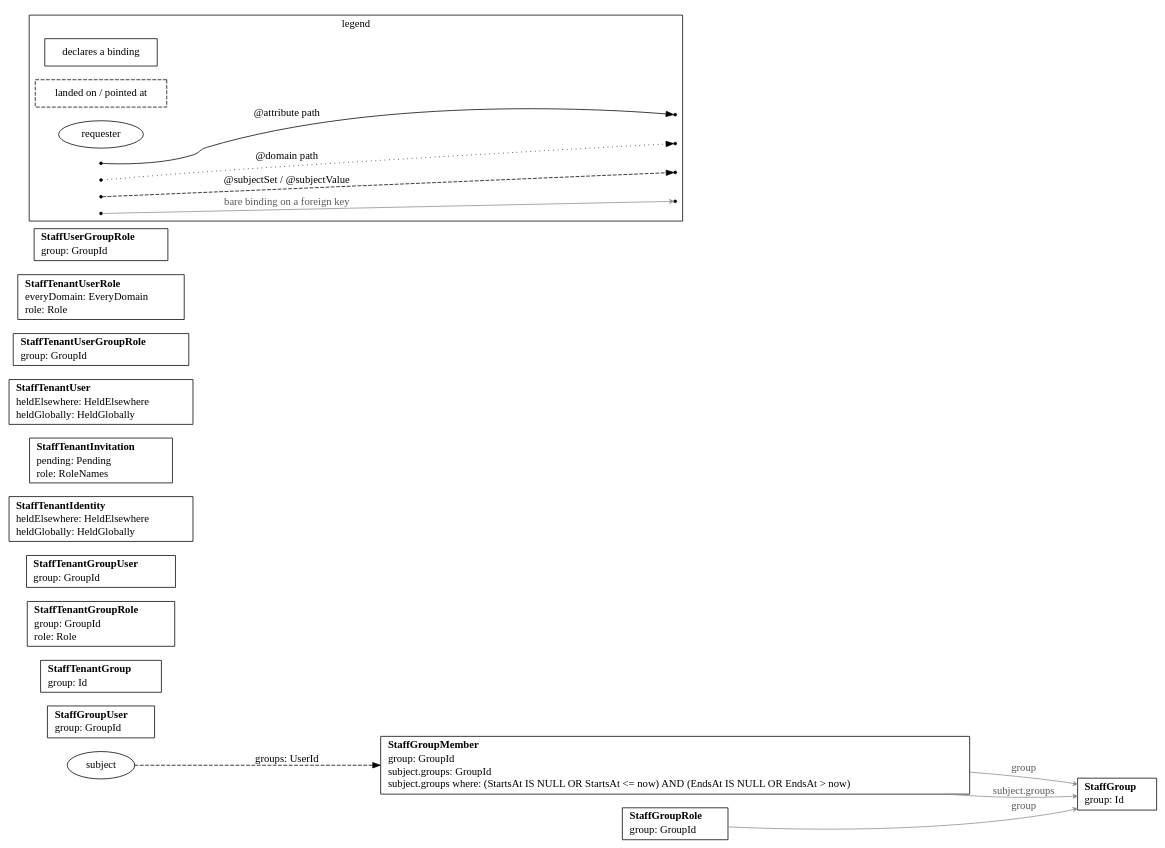
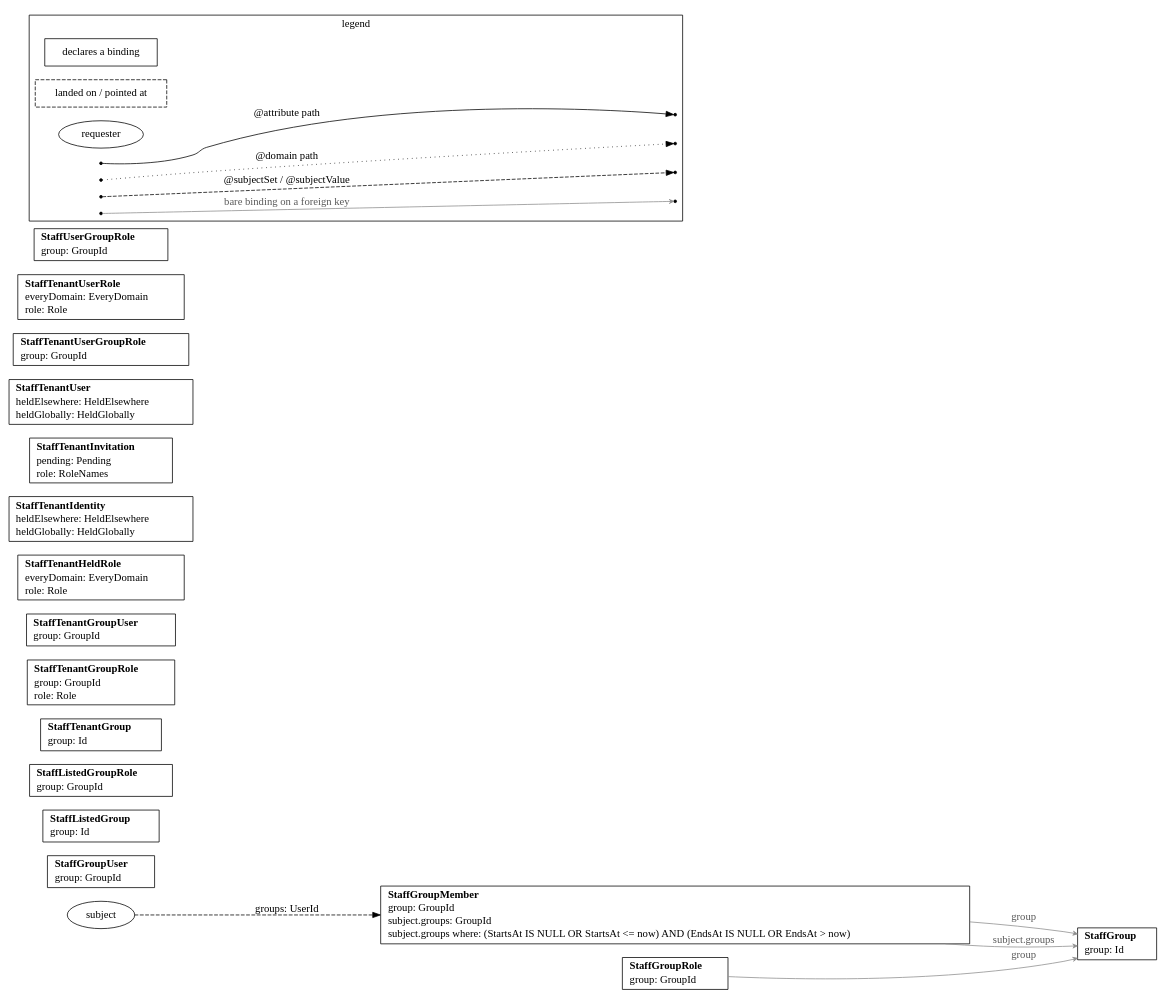
The diagram in cmd/impulse/internal/skeleton/_candidates/tenanted/pkg/resources/zz_gen_bindings.dot (impulseframework/impulse), drawn with Graphviz before and after one commit. The commit also changed 350 other files, not shown here.

```diff
--- a/cmd/impulse/internal/skeleton/_candidates/tenanted/pkg/resources/zz_gen_bindings.dot
+++ b/cmd/impulse/internal/skeleton/_candidates/tenanted/pkg/resources/zz_gen_bindings.dot
@@ -1,54 +1,57 @@
 // Code generated by resourcegeneration. DO NOT EDIT.
 // Bindings: every attribute and subject binding this package declares. A box per
 // declaring resource lists its bare bindings as `name: column`; dashed boxes are
 // the tables a path lands on or a foreign key points at; the subject ellipse is
 // the requester, entering each anchor once with every name it yields there. One
 // edge per hop, drawn once however many paths share it: solid for @attribute,
 // dotted for @domain, dashed for a subject binding, labeled `name: column` on a
 // continuing hop and `name: column ⇒ column` where the path terminates; a thin
 // grey edge points a bare binding on a foreign key at its table. Facts only: no
 // grant or condition is drawn.
 // A subject set that writes a who: or a where: part lists each under the set, in
 // the columns' names: who: says which rows are the requester's, where: which of
 // those rows count. A set that builds on another is a dashed edge from the
 // resource declaring that other set, labeled `name: column IN subject.other`.
 digraph Bindings {
 	rankdir=LR;
 	node [shape=box];
 	"StaffGroup" [label=<<table border="0" cellborder="0" cellspacing="0" cellpadding="1"><tr><td align="left"><b>StaffGroup</b></td></tr><tr><td align="left">group: Id</td></tr></table>>];
 	"StaffGroupMember" [label=<<table border="0" cellborder="0" cellspacing="0" cellpadding="1"><tr><td align="left"><b>StaffGroupMember</b></td></tr><tr><td align="left">group: GroupId</td></tr><tr><td align="left">subject.groups: GroupId</td></tr><tr><td align="left">subject.groups where: (StartsAt IS NULL OR StartsAt &lt;= now) AND (EndsAt IS NULL OR EndsAt &gt; now)</td></tr></table>>];
 	"StaffGroupRole" [label=<<table border="0" cellborder="0" cellspacing="0" cellpadding="1"><tr><td align="left"><b>StaffGroupRole</b></td></tr><tr><td align="left">group: GroupId</td></tr></table>>];
 	"StaffGroupUser" [label=<<table border="0" cellborder="0" cellspacing="0" cellpadding="1"><tr><td align="left"><b>StaffGroupUser</b></td></tr><tr><td align="left">group: GroupId</td></tr></table>>];
+	"StaffListedGroup" [label=<<table border="0" cellborder="0" cellspacing="0" cellpadding="1"><tr><td align="left"><b>StaffListedGroup</b></td></tr><tr><td align="left">group: Id</td></tr></table>>];
+	"StaffListedGroupRole" [label=<<table border="0" cellborder="0" cellspacing="0" cellpadding="1"><tr><td align="left"><b>StaffListedGroupRole</b></td></tr><tr><td align="left">group: GroupId</td></tr></table>>];
 	"StaffTenantGroup" [label=<<table border="0" cellborder="0" cellspacing="0" cellpadding="1"><tr><td align="left"><b>StaffTenantGroup</b></td></tr><tr><td align="left">group: Id</td></tr></table>>];
 	"StaffTenantGroupRole" [label=<<table border="0" cellborder="0" cellspacing="0" cellpadding="1"><tr><td align="left"><b>StaffTenantGroupRole</b></td></tr><tr><td align="left">group: GroupId</td></tr><tr><td align="left">role: Role</td></tr></table>>];
 	"StaffTenantGroupUser" [label=<<table border="0" cellborder="0" cellspacing="0" cellpadding="1"><tr><td align="left"><b>StaffTenantGroupUser</b></td></tr><tr><td align="left">group: GroupId</td></tr></table>>];
+	"StaffTenantHeldRole" [label=<<table border="0" cellborder="0" cellspacing="0" cellpadding="1"><tr><td align="left"><b>StaffTenantHeldRole</b></td></tr><tr><td align="left">everyDomain: EveryDomain</td></tr><tr><td align="left">role: Role</td></tr></table>>];
 	"StaffTenantIdentity" [label=<<table border="0" cellborder="0" cellspacing="0" cellpadding="1"><tr><td align="left"><b>StaffTenantIdentity</b></td></tr><tr><td align="left">heldElsewhere: HeldElsewhere</td></tr><tr><td align="left">heldGlobally: HeldGlobally</td></tr></table>>];
 	"StaffTenantInvitation" [label=<<table border="0" cellborder="0" cellspacing="0" cellpadding="1"><tr><td align="left"><b>StaffTenantInvitation</b></td></tr><tr><td align="left">pending: Pending</td></tr><tr><td align="left">role: RoleNames</td></tr></table>>];
 	"StaffTenantUser" [label=<<table border="0" cellborder="0" cellspacing="0" cellpadding="1"><tr><td align="left"><b>StaffTenantUser</b></td></tr><tr><td align="left">heldElsewhere: HeldElsewhere</td></tr><tr><td align="left">heldGlobally: HeldGlobally</td></tr></table>>];
 	"StaffTenantUserGroupRole" [label=<<table border="0" cellborder="0" cellspacing="0" cellpadding="1"><tr><td align="left"><b>StaffTenantUserGroupRole</b></td></tr><tr><td align="left">group: GroupId</td></tr></table>>];
 	"StaffTenantUserRole" [label=<<table border="0" cellborder="0" cellspacing="0" cellpadding="1"><tr><td align="left"><b>StaffTenantUserRole</b></td></tr><tr><td align="left">everyDomain: EveryDomain</td></tr><tr><td align="left">role: Role</td></tr></table>>];
 	"StaffUserGroupRole" [label=<<table border="0" cellborder="0" cellspacing="0" cellpadding="1"><tr><td align="left"><b>StaffUserGroupRole</b></td></tr><tr><td align="left">group: GroupId</td></tr></table>>];
 	"subject" [shape=ellipse];
 	"subject" -> "StaffGroupMember" [style=dashed, label="groups: UserId"];
 	"StaffGroupMember" -> "StaffGroup" [color=gray55, fontcolor=gray35, arrowhead=vee, arrowsize=0.6, label="group"];
 	"StaffGroupMember" -> "StaffGroup" [color=gray55, fontcolor=gray35, arrowhead=vee, arrowsize=0.6, label="subject.groups"];
 	"StaffGroupRole" -> "StaffGroup" [color=gray55, fontcolor=gray35, arrowhead=vee, arrowsize=0.6, label="group"];
 	subgraph cluster_legend {
 		label="legend";
 		"declares a binding" [shape=box];
 		"landed on / pointed at" [shape=box, style=dashed];
 		"requester" [shape=ellipse];
 		"legend:attribute" [shape=point];
 		"legend:attribute:to" [shape=point];
 		"legend:domain" [shape=point];
 		"legend:domain:to" [shape=point];
 		"legend:subject" [shape=point];
 		"legend:subject:to" [shape=point];
 		"legend:reference" [shape=point];
 		"legend:reference:to" [shape=point];
 		"legend:attribute" -> "legend:attribute:to" [label="@attribute path"];
 		"legend:domain" -> "legend:domain:to" [style=dotted, label="@domain path"];
 		"legend:subject" -> "legend:subject:to" [style=dashed, label="@subjectSet / @subjectValue"];
 		"legend:reference" -> "legend:reference:to" [color=gray55, fontcolor=gray35, arrowhead=vee, arrowsize=0.6, label="bare binding on a foreign key"];
 	}
 }
```
